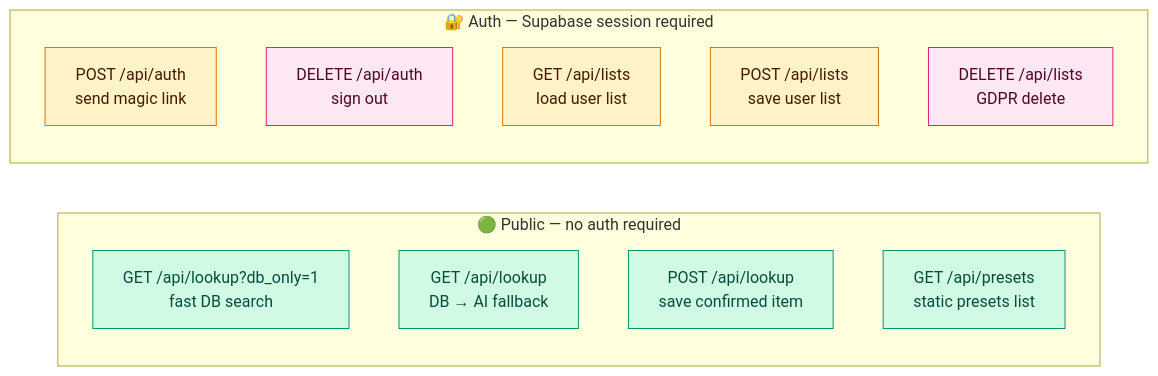
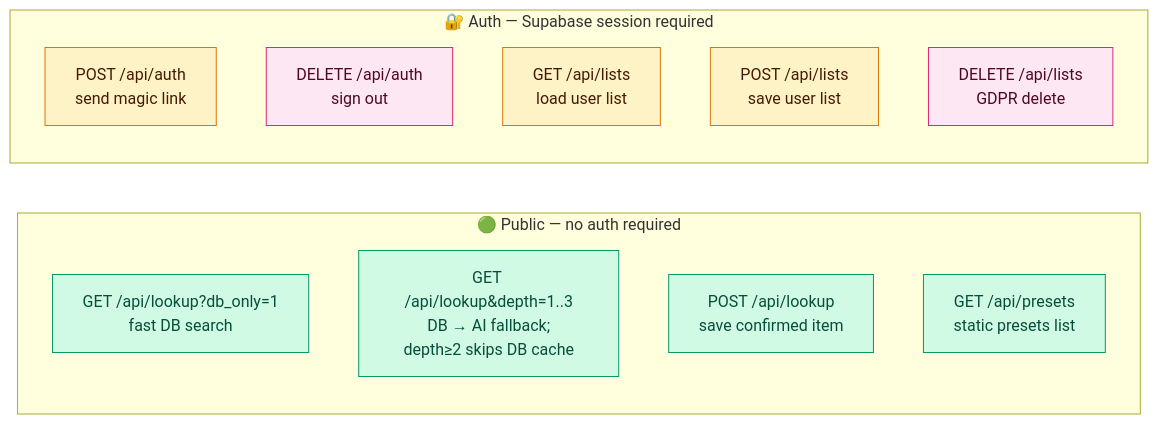
Before and after one commit to alexzhel-io/veloadout: the eighth of 14 diagrams in docs/architecture.md, drawn with Mermaid. The commit also changed other lines of this file and 1 other file, not shown here.

````diff
--- a/docs/architecture.md
+++ b/docs/architecture.md
@@ -314,27 +326,27 @@
 ```mermaid
 graph LR
     subgraph Public["🟢 Public — no auth required"]
         L1["GET /api/lookup?db_only=1<br>fast DB search"]
-        L2["GET /api/lookup<br>DB → AI fallback"]
+        L2["GET /api/lookup&depth=1..3<br>DB → AI fallback;<br>depth≥2 skips DB cache"]
         L3["POST /api/lookup<br>save confirmed item"]
         P["GET /api/presets<br>static presets list"]
     end
 
     subgraph Auth["🔐 Auth — Supabase session required"]
         A1["POST /api/auth<br>send magic link"]
         A2["DELETE /api/auth<br>sign out"]
         LS1["GET /api/lists<br>load user list"]
         LS2["POST /api/lists<br>save user list"]
         LS3["DELETE /api/lists<br>GDPR delete"]
     end
 
     style L1 fill:#d1fae5,stroke:#059669,color:#064e3b
     style L2 fill:#d1fae5,stroke:#059669,color:#064e3b
     style L3 fill:#d1fae5,stroke:#059669,color:#064e3b
     style P fill:#d1fae5,stroke:#059669,color:#064e3b
     style A1 fill:#fef3c7,stroke:#d97706,color:#451a03
     style A2 fill:#fce7f3,stroke:#db2777,color:#500724
     style LS1 fill:#fef3c7,stroke:#d97706,color:#451a03
     style LS2 fill:#fef3c7,stroke:#d97706,color:#451a03
     style LS3 fill:#fce7f3,stroke:#db2777,color:#500724
 ```
````
